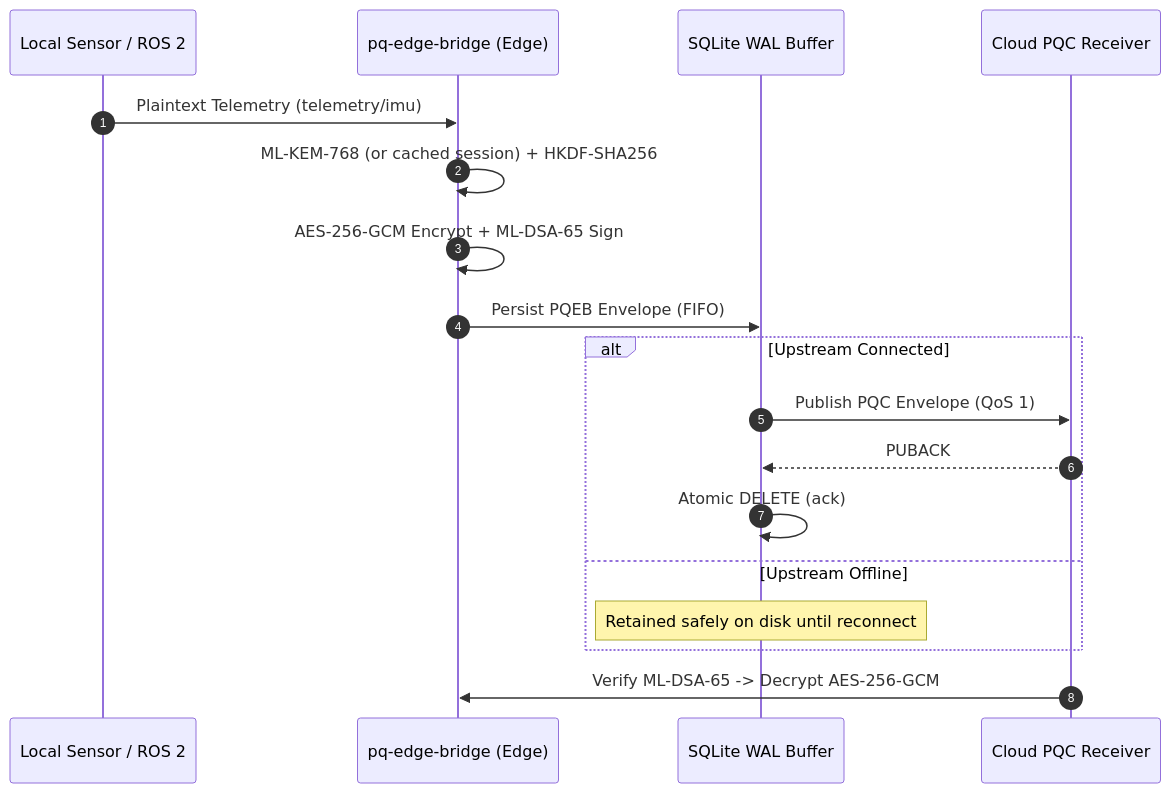
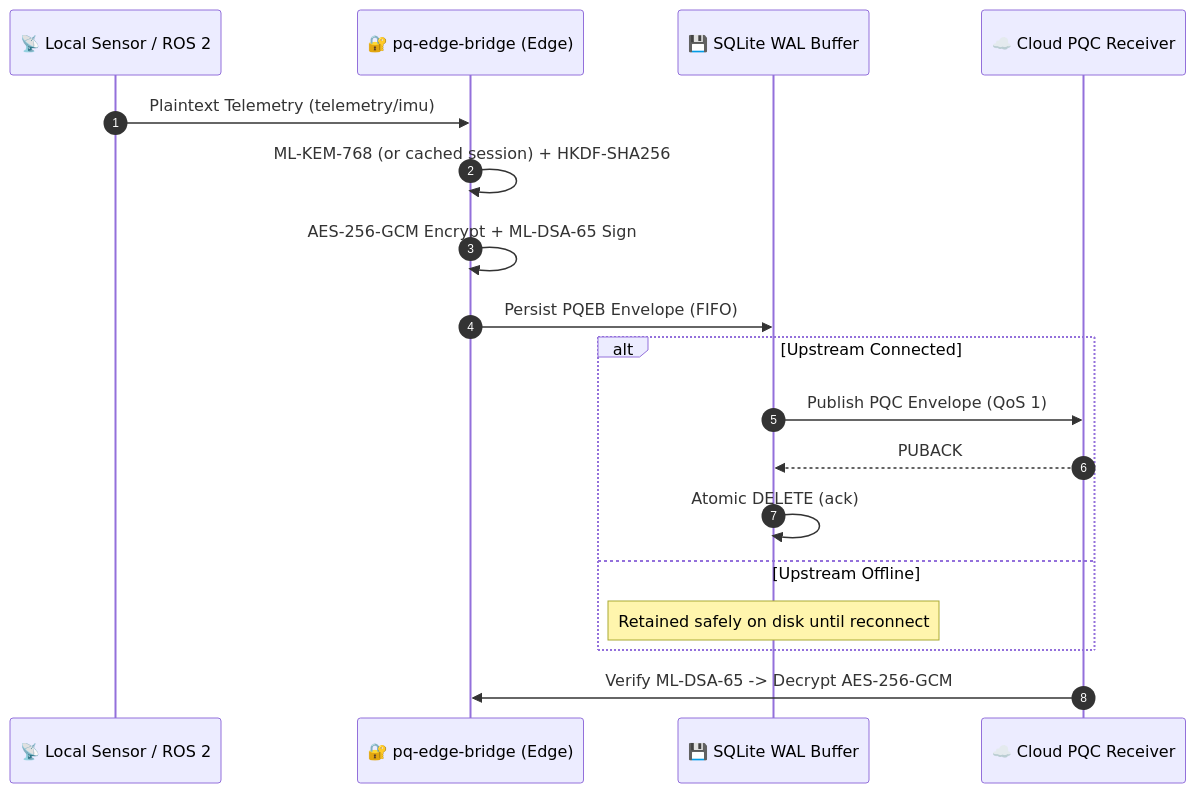
Before and after one commit to PelleNybe/pq-edge-bridge: the second of 2 diagrams in README.md, drawn with Mermaid. The commit also changed other lines of this file, not shown here.

````diff
--- a/README.md
+++ b/README.md
@@ -52,21 +56,21 @@
 ```mermaid
 sequenceDiagram
     autonumber
-    participant Sensor as Local Sensor / ROS 2
-    participant Bridge as pq-edge-bridge (Edge)
-    participant WAL as SQLite WAL Buffer
-    participant Cloud as Cloud PQC Receiver
+    participant Sensor as 📡 Local Sensor / ROS 2
+    participant Bridge as 🔐 pq-edge-bridge (Edge)
+    participant WAL as 💾 SQLite WAL Buffer
+    participant Cloud as ☁️ Cloud PQC Receiver
 
     Sensor->>Bridge: Plaintext Telemetry (telemetry/imu)
     Bridge->>Bridge: ML-KEM-768 (or cached session) + HKDF-SHA256
     Bridge->>Bridge: AES-256-GCM Encrypt + ML-DSA-65 Sign
     Bridge->>WAL: Persist PQEB Envelope (FIFO)
     alt Upstream Connected
         WAL->>Cloud: Publish PQC Envelope (QoS 1)
         Cloud-->>WAL: PUBACK
         WAL->>WAL: Atomic DELETE (ack)
     else Upstream Offline
         Note over WAL: Retained safely on disk until reconnect
     end
     Cloud->>Bridge: Verify ML-DSA-65 -> Decrypt AES-256-GCM
 ```
````
